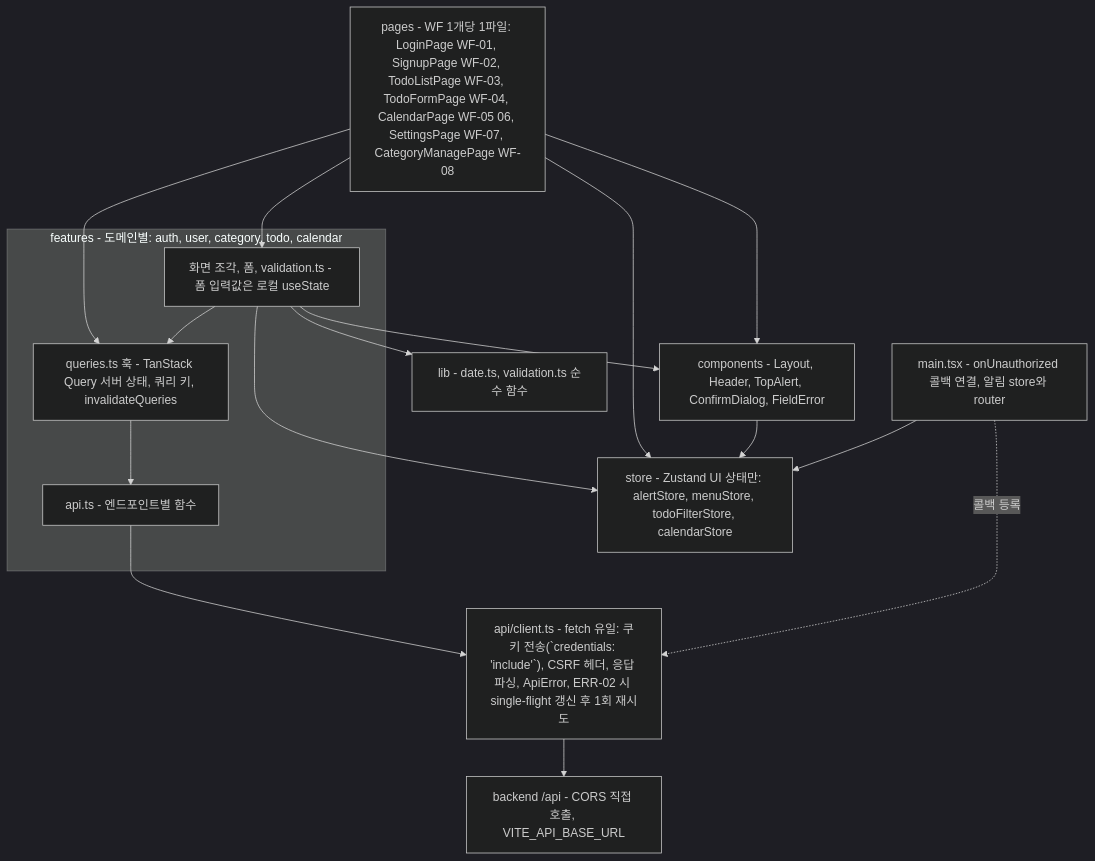
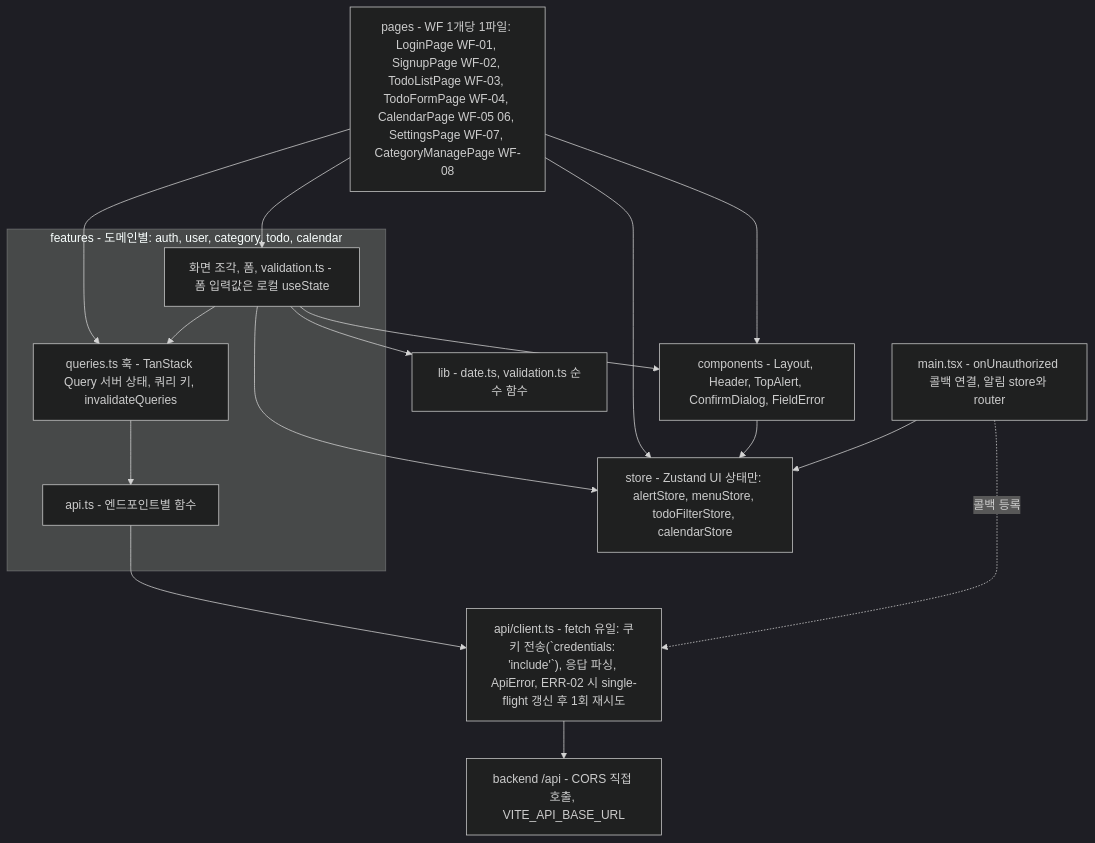
One commit to Palbok-Kim/todolist-app changed the fourth of 13 diagrams in docs/6-arch-diagram.md. Above: the diagram before and after it, drawn with Mermaid (dark theme). The commit also changed other lines of this file and 42 other files, not shown here.

First line of the commit message:
refactor: CSRF 방어 제거, ERD·schema.sql 표기 일치화

````diff
--- a/docs/6-arch-diagram.md
+++ b/docs/6-arch-diagram.md
@@ -187,29 +183,29 @@
 ```mermaid
 flowchart TB
     PAGES["pages - WF 1개당 1파일: LoginPage WF-01, SignupPage WF-02, TodoListPage WF-03, TodoFormPage WF-04, CalendarPage WF-05 06, SettingsPage WF-07, CategoryManagePage WF-08"]
     subgraph FEAT["features - 도메인별: auth, user, category, todo, calendar"]
         FC["화면 조각, 폼, validation.ts - 폼 입력값은 로컬 useState"]
         FQ["queries.ts 훅 - TanStack Query 서버 상태, 쿼리 키, invalidateQueries"]
         FA["api.ts - 엔드포인트별 함수"]
     end
     CMP["components - Layout, Header, TopAlert, ConfirmDialog, FieldError"]
     ZS["store - Zustand UI 상태만: alertStore, menuStore, todoFilterStore, calendarStore"]
-    CLI["api/client.ts - fetch 유일: 쿠키 전송(`credentials: 'include'`), CSRF 헤더, 응답 파싱, ApiError, ERR-02 시 single-flight 갱신 후 1회 재시도"]
+    CLI["api/client.ts - fetch 유일: 쿠키 전송(`credentials: 'include'`), 응답 파싱, ApiError, ERR-02 시 single-flight 갱신 후 1회 재시도"]
     LB["lib - date.ts, validation.ts 순수 함수"]
     BEX["backend /api - CORS 직접 호출, VITE_API_BASE_URL"]
     PAGES --> FC
     PAGES --> FQ
     PAGES --> CMP
     PAGES --> ZS
     FC --> FQ
     FC --> CMP
     FC --> ZS
     FC --> LB
     FQ --> FA
     FA --> CLI
     CLI --> BEX
     CMP --> ZS
     MAIN["main.tsx - onUnauthorized 콜백 연결, 알림 store와 router"]
     MAIN -. "콜백 등록" .-> CLI
     MAIN --> ZS
 ```
````
